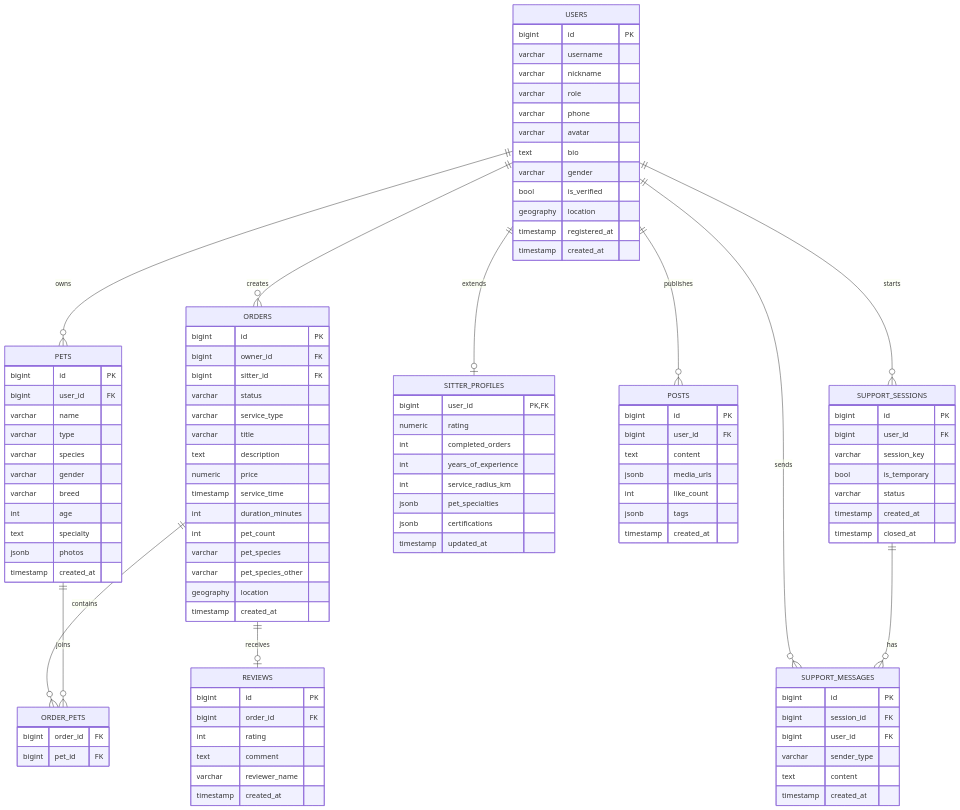
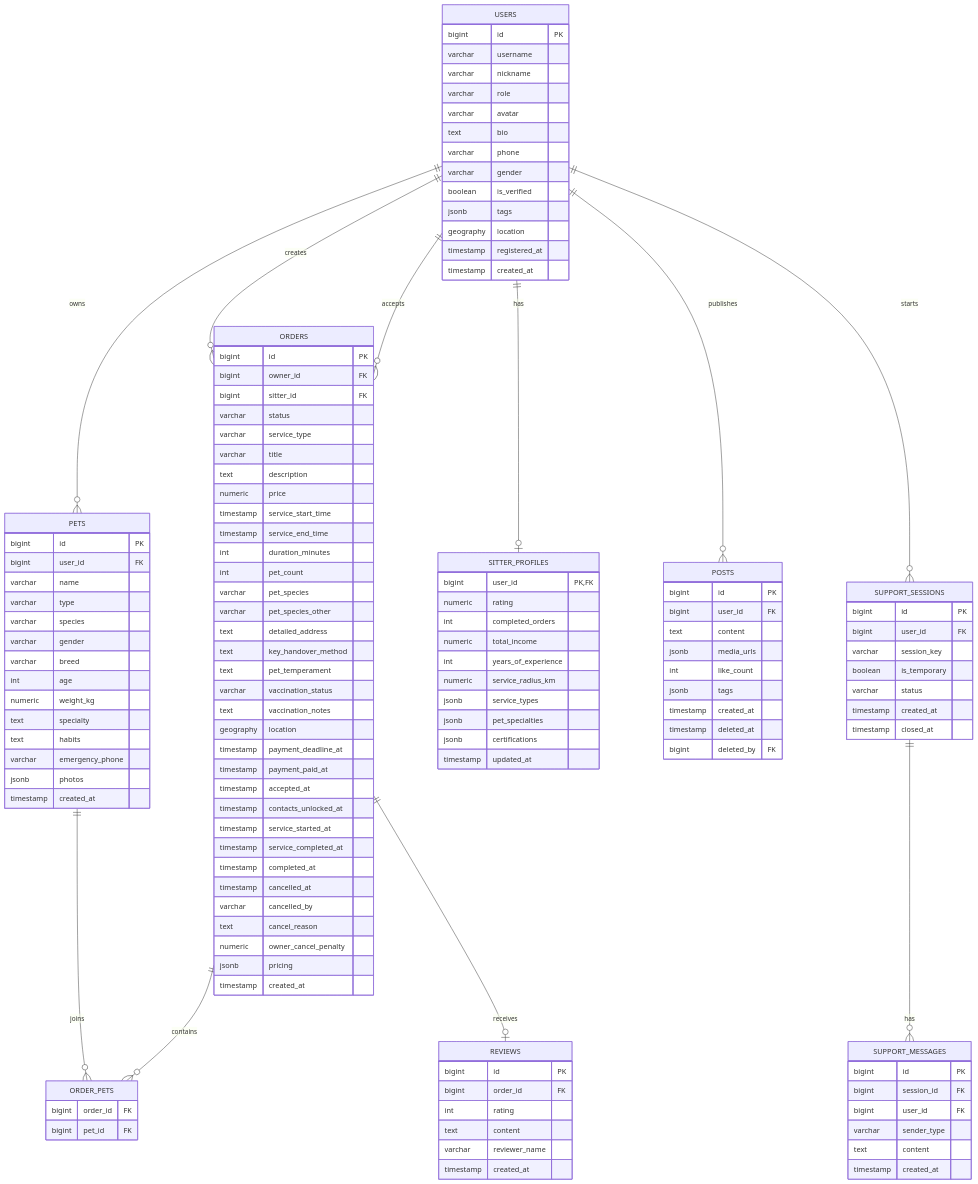
One commit to PinocchioCat/FiveCat changed the second of 2 diagrams in docs/database-er-structure.md. Above: the diagram before and after it, drawn with Mermaid. The commit also changed other lines of this file and 56 other files, not shown here.

```diff
--- a/docs/database-er-structure.md
+++ b/docs/database-er-structure.md
@@ -436,14 +358,14 @@
 erDiagram
     USERS ||--o{ PETS : owns
     USERS ||--o{ ORDERS : creates
-    USERS ||--o| SITTER_PROFILES : extends
+    USERS ||--o{ ORDERS : accepts
+    USERS ||--o| SITTER_PROFILES : has
     USERS ||--o{ POSTS : publishes
     USERS ||--o{ SUPPORT_SESSIONS : starts
-    USERS ||--o{ SUPPORT_MESSAGES : sends
 
-    ORDERS ||--o| REVIEWS : receives
     ORDERS ||--o{ ORDER_PETS : contains
     PETS ||--o{ ORDER_PETS : joins
+    ORDERS ||--o| REVIEWS : receives
 
     SUPPORT_SESSIONS ||--o{ SUPPORT_MESSAGES : has
 
@@ -452,11 +374,12 @@
         varchar username
         varchar nickname
         varchar role
-        varchar phone
         varchar avatar
         text bio
+        varchar phone
         varchar gender
-        bool is_verified
+        boolean is_verified
+        jsonb tags
         geography location
         timestamp registered_at
         timestamp created_at
@@ -466,8 +389,10 @@
         bigint user_id PK,FK
         numeric rating
         int completed_orders
+        numeric total_income
         int years_of_experience
-        int service_radius_km
+        numeric service_radius_km
+        jsonb service_types
         jsonb pet_specialties
         jsonb certifications
         timestamp updated_at
@@ -482,7 +407,10 @@
         varchar gender
         varchar breed
         int age
+        numeric weight_kg
         text specialty
+        text habits
+        varchar emergency_phone
         jsonb photos
         timestamp created_at
     }
@@ -496,12 +424,30 @@
         varchar title
         text description
         numeric price
-        timestamp service_time
+        timestamp service_start_time
+        timestamp service_end_time
         int duration_minutes
         int pet_count
         varchar pet_species
         varchar pet_species_other
+        text detailed_address
+        text key_handover_method
+        text pet_temperament
+        varchar vaccination_status
+        text vaccination_notes
         geography location
+        timestamp payment_deadline_at
+        timestamp payment_paid_at
+        timestamp accepted_at
+        timestamp contacts_unlocked_at
+        timestamp service_started_at
+        timestamp service_completed_at
+        timestamp completed_at
+        timestamp cancelled_at
+        varchar cancelled_by
+        text cancel_reason
+        numeric owner_cancel_penalty
+        jsonb pricing
         timestamp created_at
     }
 
@@ -514,7 +460,7 @@
         bigint id PK
         bigint order_id FK
         int rating
-        text comment
+        text content
         varchar reviewer_name
         timestamp created_at
     }
@@ -527,13 +473,15 @@
         int like_count
         jsonb tags
         timestamp created_at
+        timestamp deleted_at
+        bigint deleted_by FK
     }
 
     SUPPORT_SESSIONS {
         bigint id PK
         bigint user_id FK
         varchar session_key
-        bool is_temporary
+        boolean is_temporary
         varchar status
         timestamp created_at
         timestamp closed_at
```
